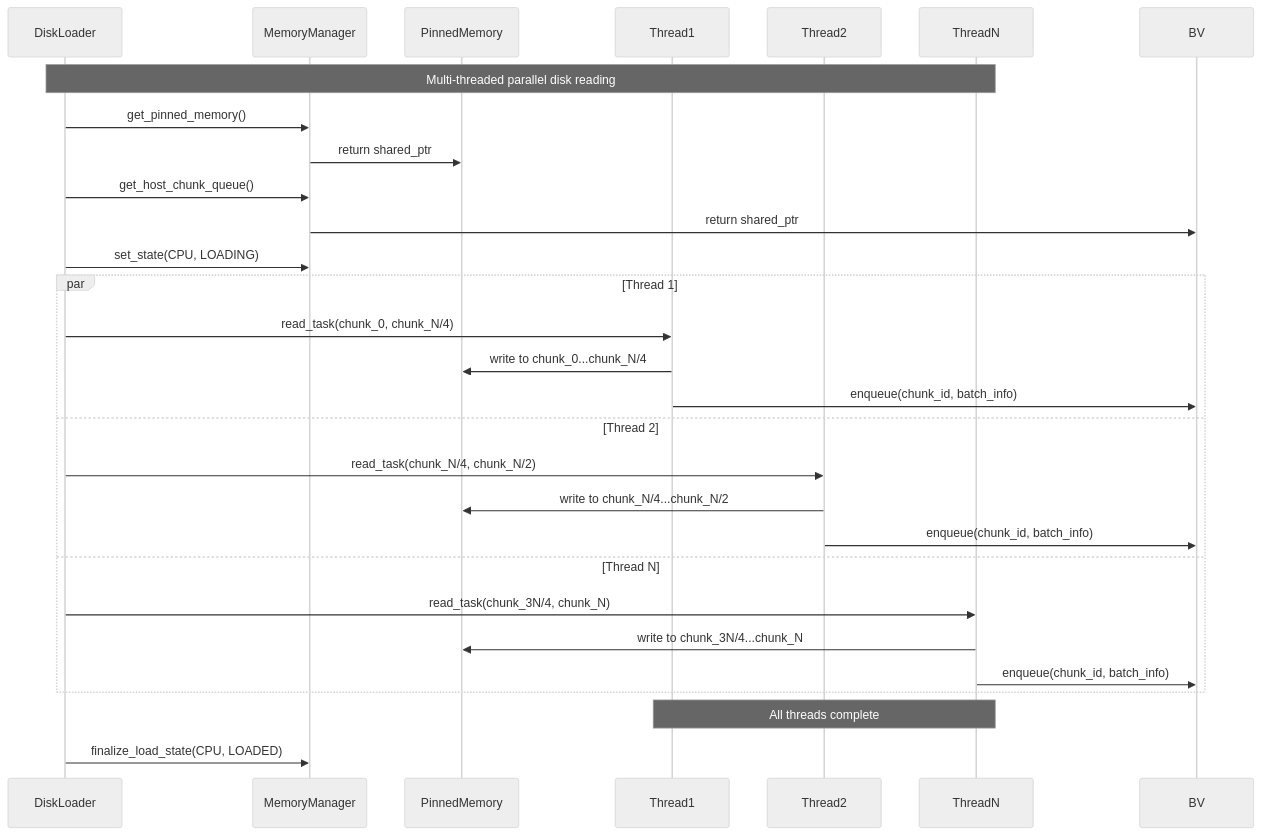
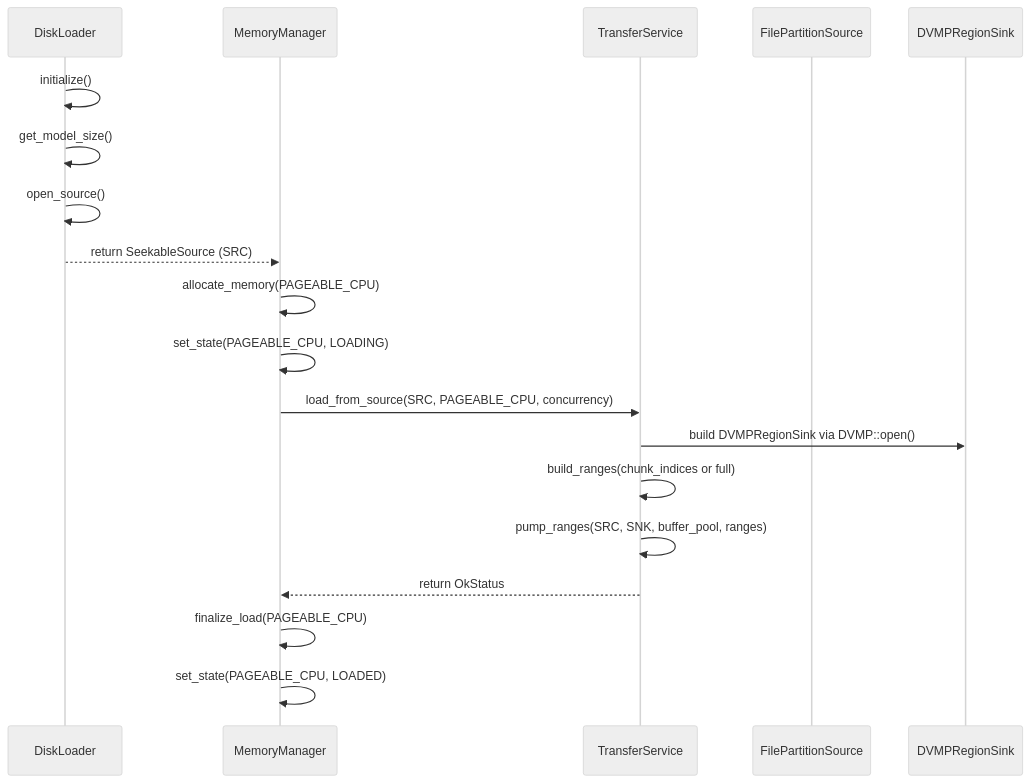
One commit to tensorcast-ai/tensorcast changed the sixth of 13 diagrams in web-docs/docs/developer-guides/core/store/architecture.md. Above: the diagram before and after it, drawn with Mermaid (neutral theme). The commit also changed other lines of this file and 2 other files, not shown here.

````diff
--- a/web-docs/docs/developer-guides/core/store/architecture.md
+++ b/web-docs/docs/developer-guides/core/store/architecture.md
@@ -386,35 +321,24 @@
 ```mermaid
 sequenceDiagram
     participant DL as DiskLoader
     participant MM as MemoryManager
-    participant PM as PinnedMemory
-    participant T1 as Thread1
-    participant T2 as Thread2
-    participant TN as ThreadN
+    participant TS as TransferService
+    participant SRC as FilePartitionSource
+    participant SNK as DVMPRegionSink
 
-    Note over DL,TN: Multi-threaded parallel disk reading
+    DL->>DL: initialize()
+    DL->>DL: get_model_size()
+    DL->>DL: open_source()
+    DL-->>MM: return SeekableSource (SRC)
 
-    DL->>MM: get_pinned_memory()
-    MM->>PM: return shared_ptr
-    DL->>MM: get_host_chunk_queue()
-    MM->>BV: return shared_ptr
+    MM->>MM: allocate_memory(PAGEABLE_CPU)
+    MM->>MM: set_state(PAGEABLE_CPU, LOADING)
+    MM->>TS: load_from_source(SRC, PAGEABLE_CPU, concurrency)
+    TS->>SNK: build DVMPRegionSink via DVMP::open()
+    TS->>TS: build_ranges(chunk_indices or full)
+    TS->>TS: pump_ranges(SRC, SNK, buffer_pool, ranges)
+    TS-->>MM: return OkStatus
 
-    DL->>MM: set_state(CPU, LOADING)
-
-    par Thread 1
-        DL->>T1: read_task(chunk_0, chunk_N/4)
-        T1->>PM: write to chunk_0...chunk_N/4
-        T1->>BV: enqueue(chunk_id, batch_info)
-    and Thread 2
-        DL->>T2: read_task(chunk_N/4, chunk_N/2)
-        T2->>PM: write to chunk_N/4...chunk_N/2
-        T2->>BV: enqueue(chunk_id, batch_info)
-    and Thread N
-        DL->>TN: read_task(chunk_3N/4, chunk_N)
-        TN->>PM: write to chunk_3N/4...chunk_N
-        TN->>BV: enqueue(chunk_id, batch_info)
-    end
-
-    Note over T1,TN: All threads complete
-    DL->>MM: finalize_load_state(CPU, LOADED)
+    MM->>MM: finalize_load(PAGEABLE_CPU)
+    MM->>MM: set_state(PAGEABLE_CPU, LOADED)
 ```
````
